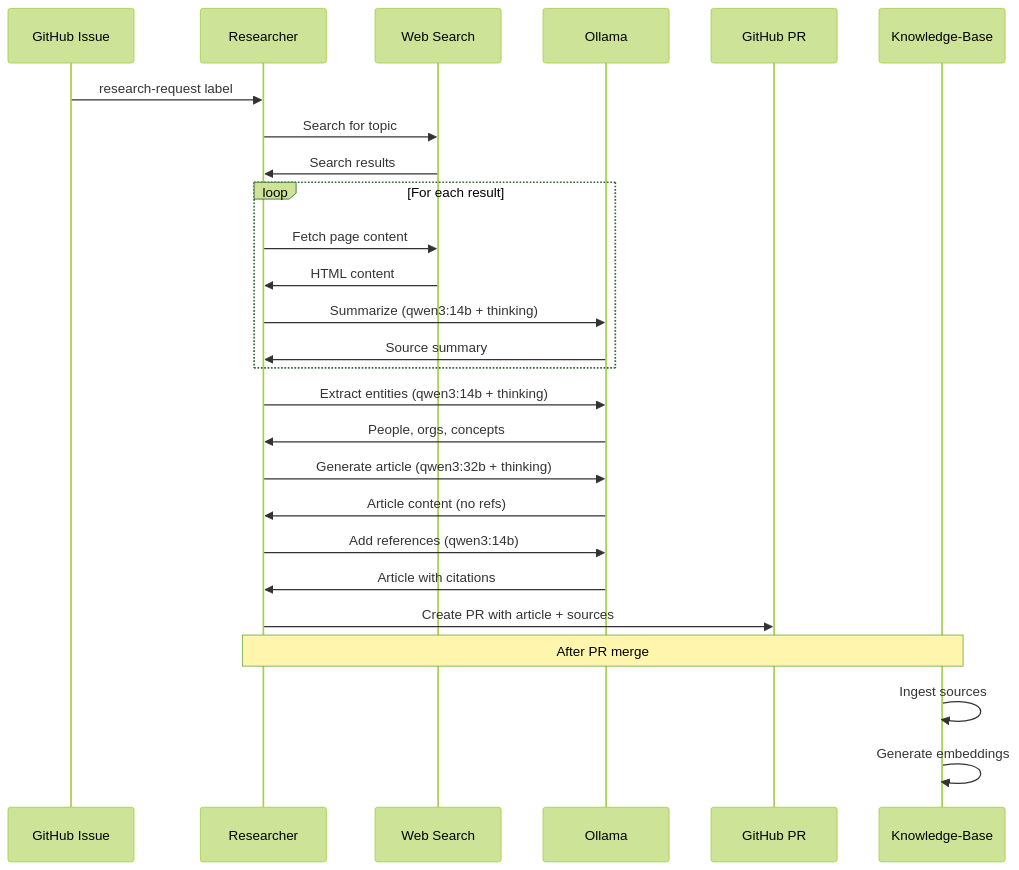
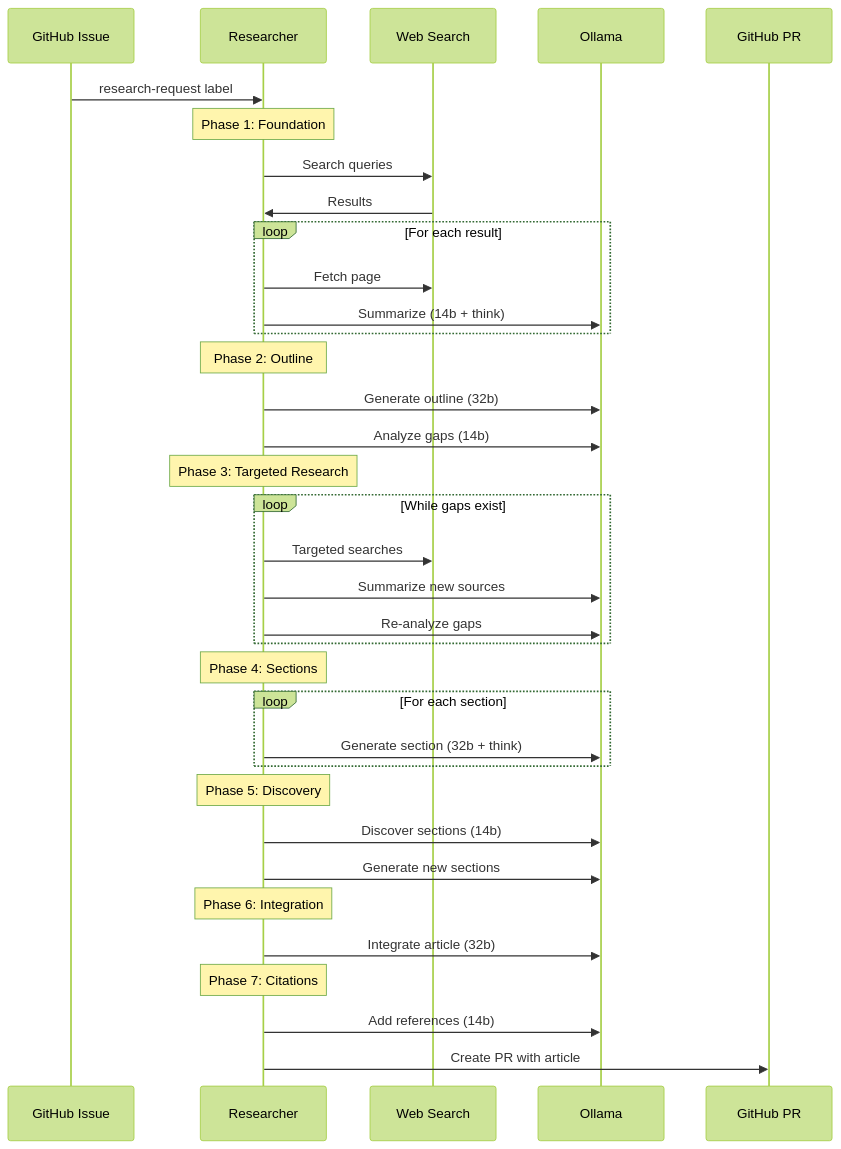
The second of 2 diagrams in README.md (gitopedia/researcher), drawn with Mermaid (forest theme) before and after one commit. The commit also changed other lines of this file and 4 other files, not shown here.

First line of the commit message:
refactor: implement multi-phase article generation as default

````diff
--- a/README.md
+++ b/README.md
@@ -146,36 +193,46 @@
 ```mermaid
 sequenceDiagram
     participant Issue as GitHub Issue
     participant Agent as Researcher
     participant Web as Web Search
     participant LLM as Ollama
     participant PR as GitHub PR
-    participant KB as Knowledge-Base
 
     Issue->>Agent: research-request label
     
-    Agent->>Web: Search for topic
-    Web->>Agent: Search results
-    
+    Note over Agent: Phase 1: Foundation
+    Agent->>Web: Search queries
+    Web->>Agent: Results
     loop For each result
-        Agent->>Web: Fetch page content
-        Web->>Agent: HTML content
-        Agent->>LLM: Summarize (qwen3:14b + thinking)
-        LLM->>Agent: Source summary
+        Agent->>Web: Fetch page
+        Agent->>LLM: Summarize (14b + think)
     end
     
-    Agent->>LLM: Extract entities (qwen3:14b + thinking)
-    LLM->>Agent: People, orgs, concepts
+    Note over Agent: Phase 2: Outline
+    Agent->>LLM: Generate outline (32b)
+    Agent->>LLM: Analyze gaps (14b)
     
-    Agent->>LLM: Generate article (qwen3:32b + thinking)
-    LLM->>Agent: Article content (no refs)
+    Note over Agent: Phase 3: Targeted Research
+    loop While gaps exist
+        Agent->>Web: Targeted searches
+        Agent->>LLM: Summarize new sources
+        Agent->>LLM: Re-analyze gaps
+    end
     
-    Agent->>LLM: Add references (qwen3:14b)
-    LLM->>Agent: Article with citations
+    Note over Agent: Phase 4: Sections
+    loop For each section
+        Agent->>LLM: Generate section (32b + think)
+    end
     
-    Agent->>PR: Create PR with article + sources
+    Note over Agent: Phase 5: Discovery
+    Agent->>LLM: Discover sections (14b)
+    Agent->>LLM: Generate new sections
     
-    Note over Agent,KB: After PR merge
-    KB->>KB: Ingest sources
-    KB->>KB: Generate embeddings
+    Note over Agent: Phase 6: Integration
+    Agent->>LLM: Integrate article (32b)
+    
+    Note over Agent: Phase 7: Citations
+    Agent->>LLM: Add references (14b)
+    
+    Agent->>PR: Create PR with article
 ```
````
